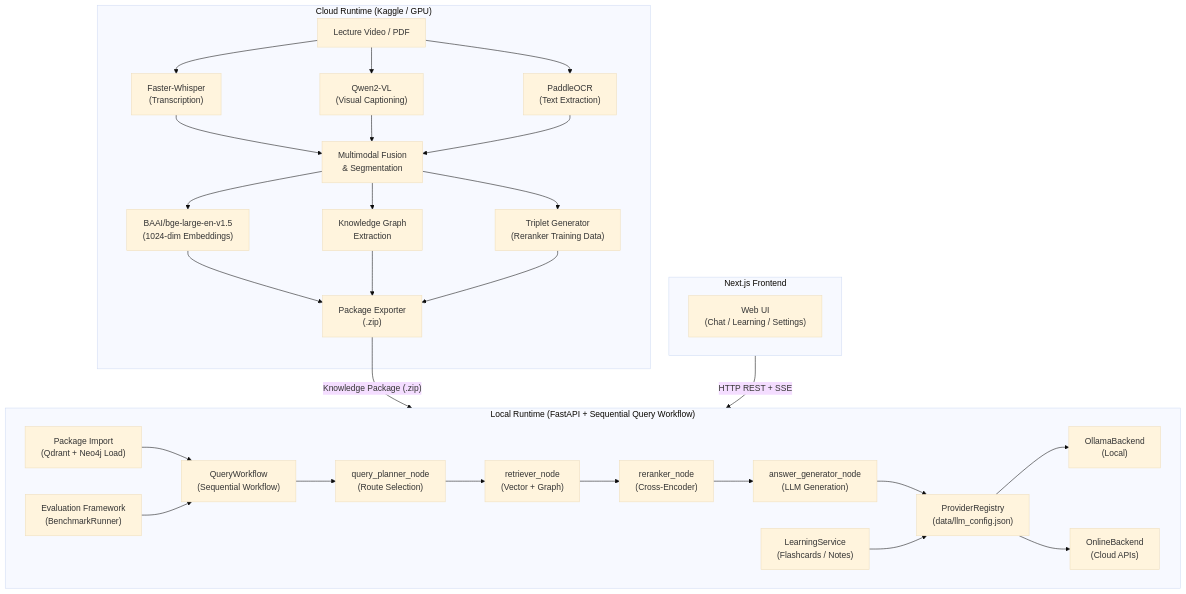
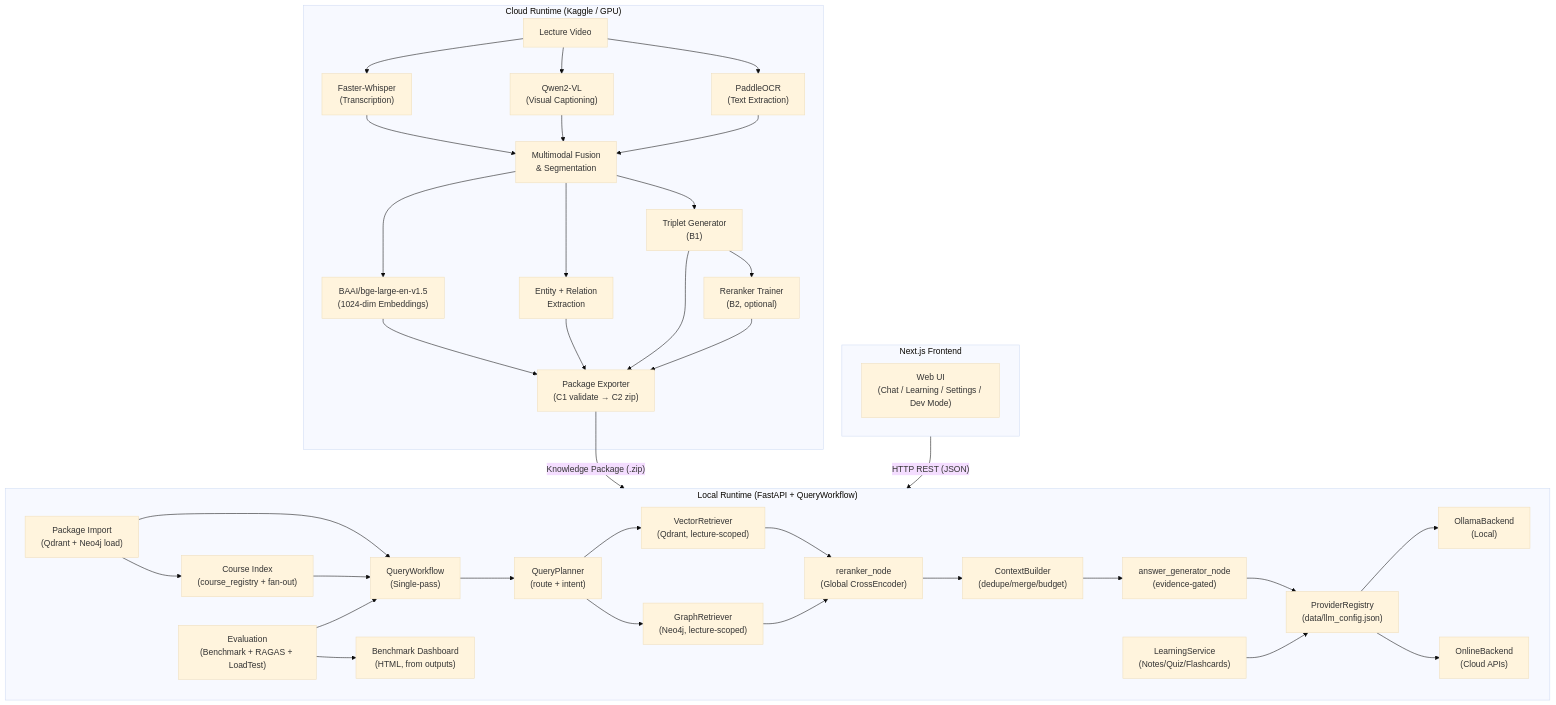
Before and after one commit to surjit10/LectureMIND.: the first of 2 diagrams in README.md, drawn with Mermaid (base theme). The commit also changed other lines of this file and 132 other files, not shown here.

````diff
--- a/README.md
+++ b/README.md
@@ -44,57 +61,70 @@
 ```mermaid
 graph TD
     subgraph Cloud[" Cloud Runtime (Kaggle / GPU)"]
-        Video[" Lecture Video / PDF"]
+        Video[" Lecture Video"]
         Whisper["Faster-Whisper\n(Transcription)"]
         VLM["Qwen2-VL\n(Visual Captioning)"]
         OCR["PaddleOCR\n(Text Extraction)"]
         Chunker["Multimodal Fusion\n& Segmentation"]
+        GraphExt["Entity + Relation\nExtraction"]
         Embedder["BAAI/bge-large-en-v1.5\n(1024-dim Embeddings)"]
-        GraphExt["Knowledge Graph\nExtraction"]
-        TripletGen["Triplet Generator\n(Reranker Training Data)"]
-        Exporter["Package Exporter\n(.zip)"]
+        TripletGen["Triplet Generator\n(B1)"]
+        Trainer["Reranker Trainer\n(B2, optional)"]
+        Exporter["Package Exporter\n(C1 validate → C2 zip)"]
 
         Video --> Whisper
         Video --> VLM
         Video --> OCR
         Whisper --> Chunker
         VLM --> Chunker
         OCR --> Chunker
         Chunker --> Embedder
         Chunker --> GraphExt
         Chunker --> TripletGen
+        TripletGen --> Trainer
         Embedder --> Exporter
         GraphExt --> Exporter
         TripletGen --> Exporter
+        Trainer --> Exporter
     end
 
     Exporter -->|"Knowledge Package (.zip)"| LocalServer
 
-    subgraph LocalServer[" Local Runtime (FastAPI + Sequential Query Workflow)"]
-        Import["Package Import\n(Qdrant + Neo4j Load)"]
-        QueryWorkflow["QueryWorkflow\n(Sequential Workflow)"]
-        Planner["query_planner_node\n(Route Selection)"]
-        Retriever["retriever_node\n(Vector + Graph)"]
-        Reranker["reranker_node\n(Cross-Encoder)"]
-        Generator["answer_generator_node\n(LLM Generation)"]
+    subgraph LocalServer[" Local Runtime (FastAPI + QueryWorkflow)"]
+        Import["Package Import\n(Qdrant + Neo4j load)"]
+        Course["Course Index\n(course_registry + fan-out)"]
+        QueryWorkflow["QueryWorkflow\n(Single-pass)"]
+        Planner["QueryPlanner\n(route + intent)"]
+        VecRet["VectorRetriever\n(Qdrant, lecture-scoped)"]
+        GraphRet["GraphRetriever\n(Neo4j, lecture-scoped)"]
+        Rerank["reranker_node\n(Global CrossEncoder)"]
+        Ctx["ContextBuilder\n(dedupe/merge/budget)"]
+        Gen["answer_generator_node\n(evidence-gated)"]
         ProvReg["ProviderRegistry\n(data/llm_config.json)"]
         Ollama["OllamaBackend\n(Local)"]
         Online["OnlineBackend\n(Cloud APIs)"]
-        Learning["LearningService\n(Flashcards / Notes)"]
-        Eval["Evaluation Framework\n(BenchmarkRunner)"]
+        Learning["LearningService\n(Notes/Quiz/Flashcards)"]
+        Eval["Evaluation\n(Benchmark + RAGAS + LoadTest)"]
+        Dash["Benchmark Dashboard\n(HTML, from outputs)"]
 
         Import --> QueryWorkflow
-        QueryWorkflow --> Planner --> Retriever --> Reranker --> Generator
-        Generator --> ProvReg
+        Import --> Course
+        Course --> QueryWorkflow
+        QueryWorkflow --> Planner --> VecRet & GraphRet
+        VecRet --> Rerank
+        GraphRet --> Rerank
+        Rerank --> Ctx --> Gen
+        Gen --> ProvReg
         ProvReg --> Ollama
         ProvReg --> Online
         Learning --> ProvReg
         Eval --> QueryWorkflow
+        Eval --> Dash
     end
 
     subgraph Frontend[" Next.js Frontend"]
-        UI["Web UI\n(Chat / Learning / Settings)"]
+        UI["Web UI\n(Chat / Learning / Settings / Dev Mode)"]
     end
 
-    Frontend -->|"HTTP REST + SSE"| LocalServer
+    Frontend -->|"HTTP REST (JSON)"| LocalServer
 ```
````
